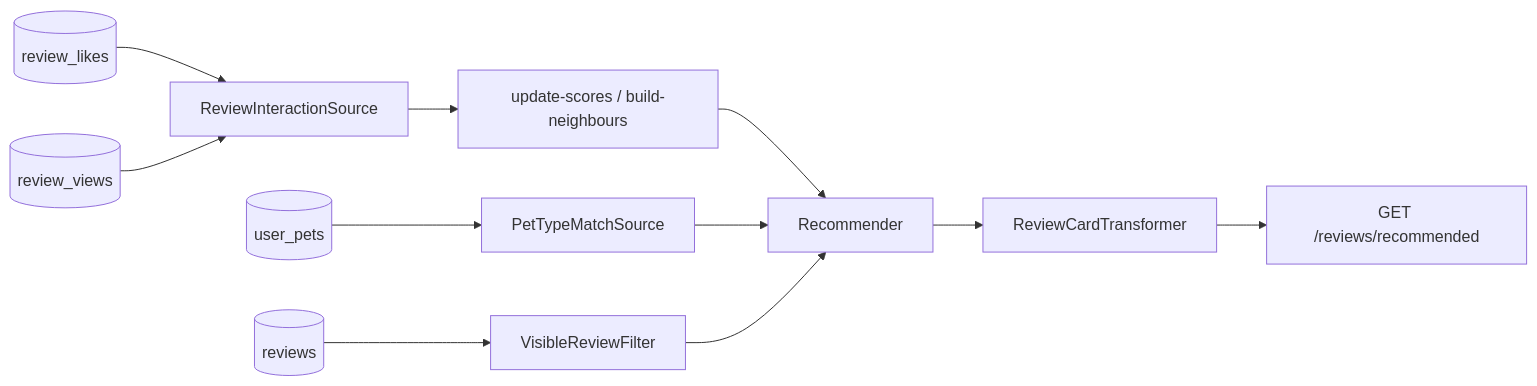
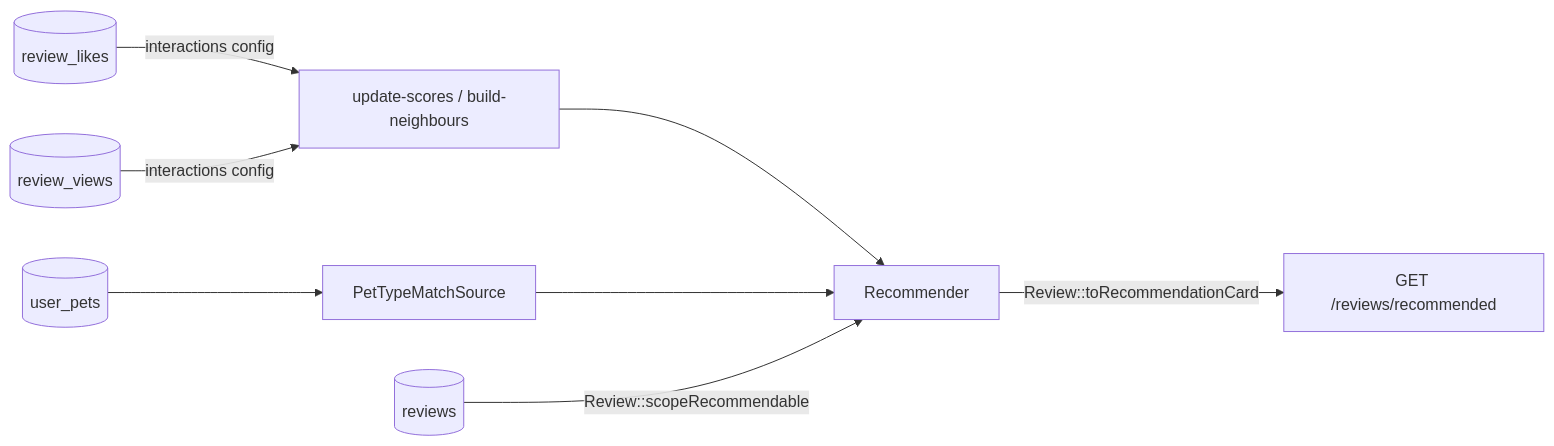
The diagram in examples/reviews/README.md (solutionforest/laravel-recommender), drawn with Mermaid before and after one commit. The commit also changed other lines of this file and 56 other files, not shown here.

````diff
--- a/examples/reviews/README.md
+++ b/examples/reviews/README.md
@@ -7,10 +7,9 @@
 ```mermaid
 flowchart LR
-  L[(review_likes)] & V[(review_views)] --> I[ReviewInteractionSource]
+  L[(review_likes)] & V[(review_views)] -->|interactions config| J["update-scores / build-neighbours"]
   PET[(user_pets)] --> P[PetTypeMatchSource]
-  I --> J["update-scores / build-neighbours"]
   J --> R[Recommender]
   P --> R
-  RV[(reviews)] --> F[VisibleReviewFilter] --> R
-  R --> C[ReviewCardTransformer] --> API["GET /reviews/recommended"]
+  RV[(reviews)] -->|Review::scopeRecommendable| R
+  R -->|Review::toRecommendationCard| API["GET /reviews/recommended"]
 ```
````
